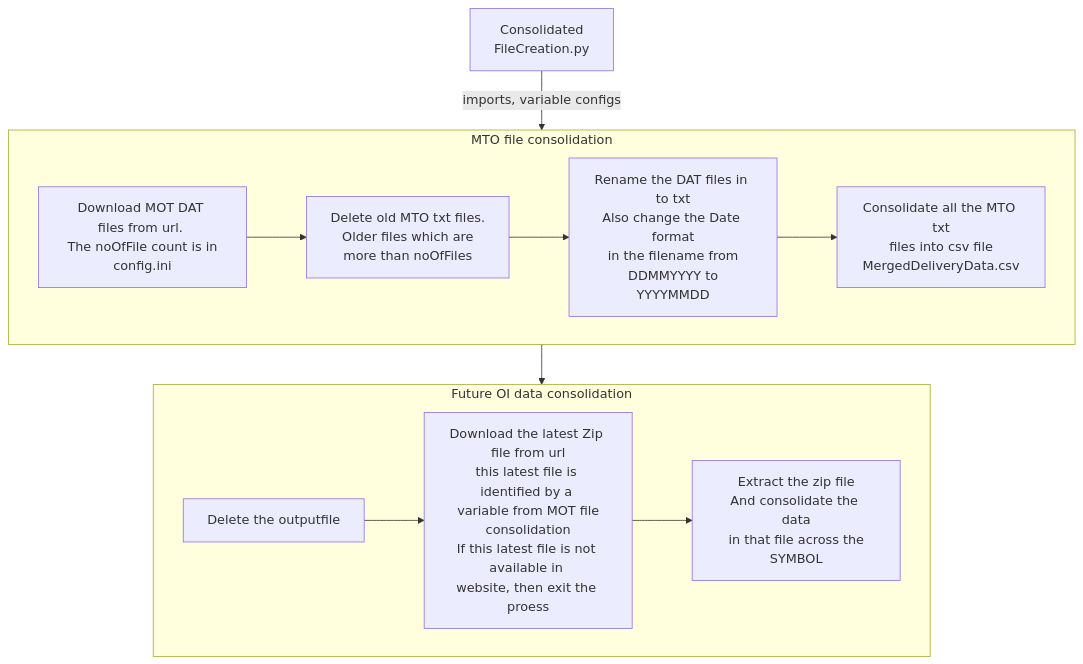
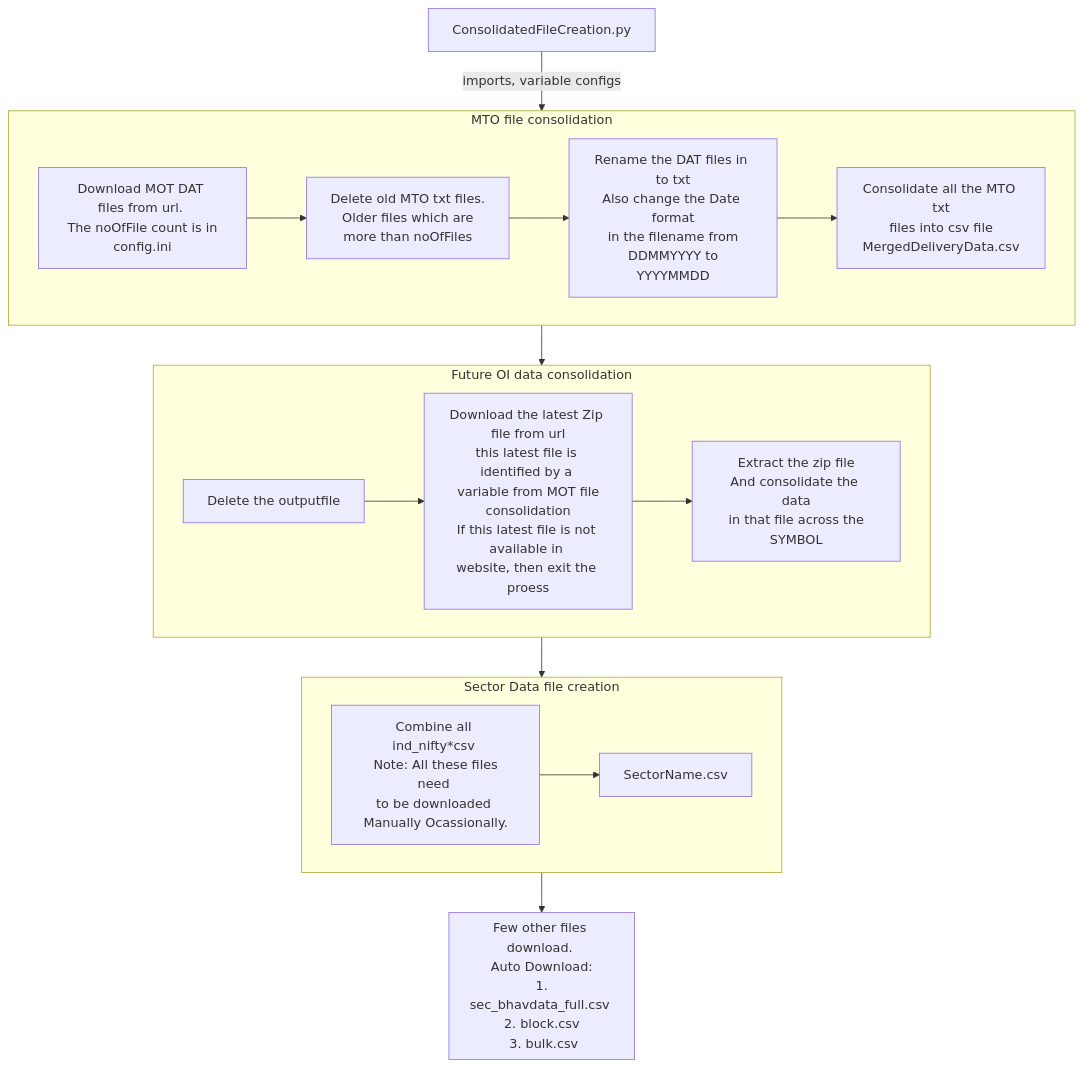
The first of 2 diagrams in README.md (investontop/datapoint), drawn with Mermaid before and after one commit. The commit also changed other lines of this file, not shown here.

````diff
--- a/README.md
+++ b/README.md
@@ -6,14 +7,21 @@
 ```mermaid
 flowchart TB
-    A[Consolidated<br>FileCreation.py] -->|imports, variable configs| B
+    A[ConsolidatedFileCreation.py] -->|imports, variable configs| B
     subgraph B[MTO file consolidation]
     B1[Download MOT DAT files from url. <br> The noOfFile count is in config.ini] --> B2[Delete old MTO txt files.<br>Older files which are <br>more than noOfFiles]
     B2 --> B3[Rename the DAT files in to txt<br>Also change the Date format<br> in the filename from <br> DDMMYYYY to YYYYMMDD]
     B3 --> B4[Consolidate all the MTO txt<br>files into csv file<br>MergedDeliveryData.csv]
     end
     B --> C
     subgraph C[Future OI data consolidation]
     C1[Delete the outputfile] --> C2[Download the latest Zip file from url<br>this latest file is identified by a <br> variable from MOT file consolidation<br>If this latest file is not available in <br>website, then exit the proess]
     C2 --> C4[Extract the zip file<br>And consolidate the data<br> in that file across the SYMBOL]
     end
+    C --> D
+    subgraph D[Sector Data file creation]
+    D1[Combine all ind_nifty*csv <br> Note: All these files need <br>to be downloaded Manually Ocassionally.] --> D2[SectorName.csv]
+    end
+    D --> E
+    subgraph E[Few other files download. <br> Auto Download: <br> 1. sec_bhavdata_full.csv <br> 2. block.csv <br> 3. bulk.csv]
+    end
 ```
````
